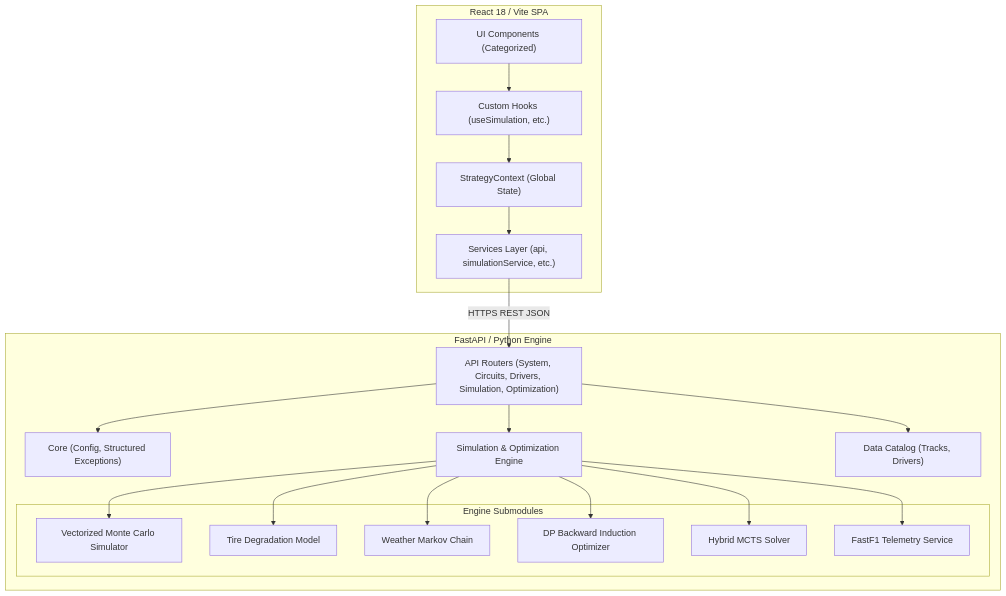
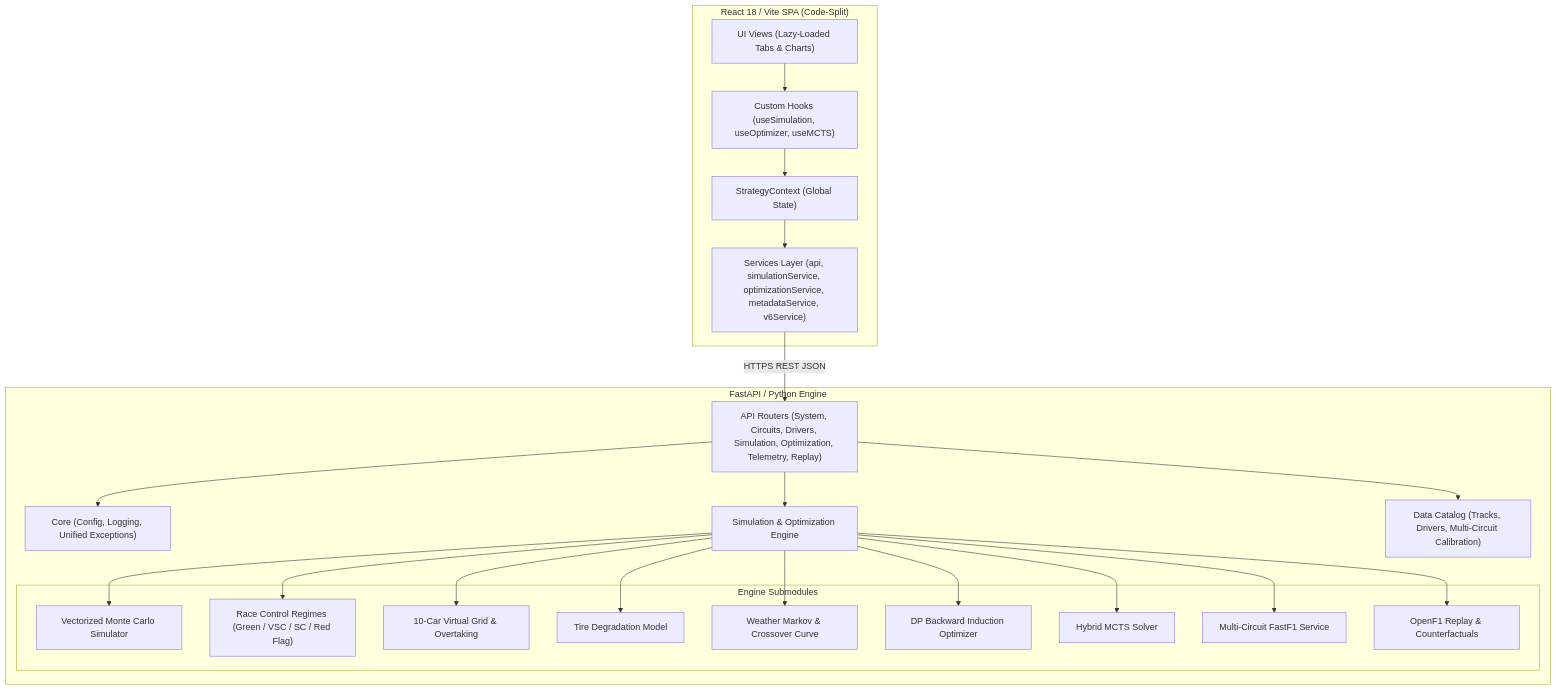
Before and after one commit to jvstin47/apex-strategy-v6: the diagram in ARCHITECTURE.md, drawn with Mermaid. The commit also changed other lines of this file and 2 other files, not shown here.

Commit message:
docs: highlight v6 upgrades, v5->v6 comparison, and updated architecture

````diff
--- a/ARCHITECTURE.md
+++ b/ARCHITECTURE.md
@@ -9,40 +9,46 @@
 ```mermaid
 flowchart TD
-    subgraph Frontend["React 18 / Vite SPA"]
-        UI["UI Components (Categorized)"]
+    subgraph Frontend["React 18 / Vite SPA (Code-Split)"]
+        UI["UI Views (Lazy-Loaded Tabs & Charts)"]
         CTX["StrategyContext (Global State)"]
-        HOOKS["Custom Hooks (useSimulation, etc.)"]
-        SERVICES["Services Layer (api, simulationService, etc.)"]
+        HOOKS["Custom Hooks (useSimulation, useOptimizer, useMCTS)"]
+        SERVICES["Services Layer (api, simulationService, optimizationService, metadataService, v6Service)"]
         UI --> HOOKS
         HOOKS --> CTX
         CTX --> SERVICES
     end
 
     subgraph Backend["FastAPI / Python Engine"]
-        ROUTER["API Routers (System, Circuits, Drivers, Simulation, Optimization)"]
-        CORE["Core (Config, Structured Exceptions)"]
+        ROUTER["API Routers (System, Circuits, Drivers, Simulation, Optimization, Telemetry, Replay)"]
+        CORE["Core (Config, Logging, Unified Exceptions)"]
         ENGINE["Simulation & Optimization Engine"]
-        DATA["Data Catalog (Tracks, Drivers)"]
+        DATA["Data Catalog (Tracks, Drivers, Multi-Circuit Calibration)"]
 
         subgraph EngineDetail["Engine Submodules"]
             SIM["Vectorized Monte Carlo Simulator"]
+            RC["Race Control Regimes (Green / VSC / SC / Red Flag)"]
+            GRID["10-Car Virtual Grid & Overtaking"]
             TIRE["Tire Degradation Model"]
-            WEATHER["Weather Markov Chain"]
+            WEATHER["Weather Markov & Crossover Curve"]
             DP["DP Backward Induction Optimizer"]
             MCTS["Hybrid MCTS Solver"]
-            FASTF1["FastF1 Telemetry Service"]
+            FASTF1["Multi-Circuit FastF1 Service"]
+            OPENF1["OpenF1 Replay & Counterfactuals"]
         end
 
         ROUTER --> CORE
         ROUTER --> DATA
         ROUTER --> ENGINE
         ENGINE --> SIM
+        ENGINE --> RC
+        ENGINE --> GRID
         ENGINE --> TIRE
         ENGINE --> WEATHER
         ENGINE --> DP
         ENGINE --> MCTS
         ENGINE --> FASTF1
+        ENGINE --> OPENF1
     end
 
     SERVICES -->|HTTPS REST JSON| ROUTER
 ```
````
